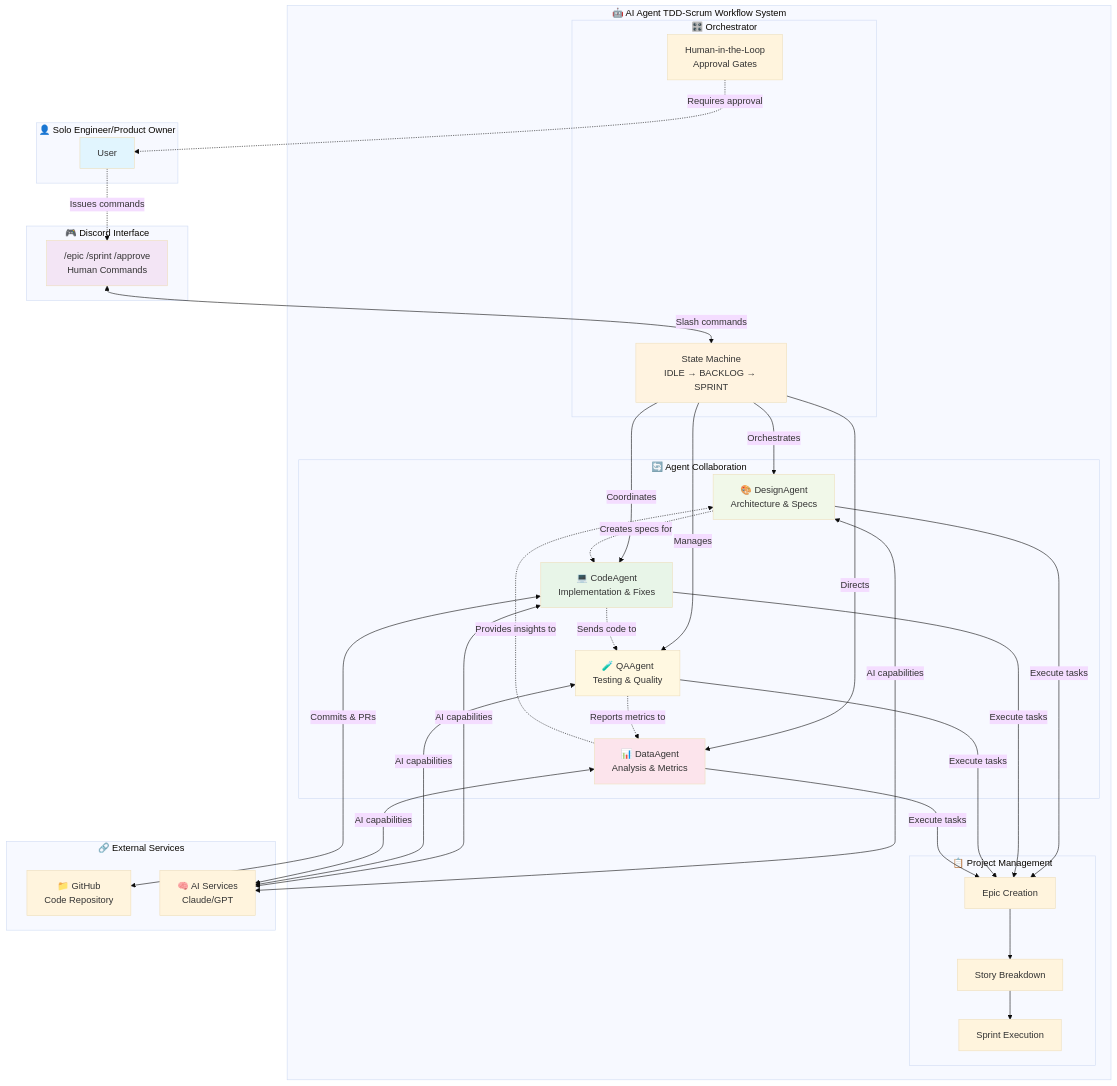
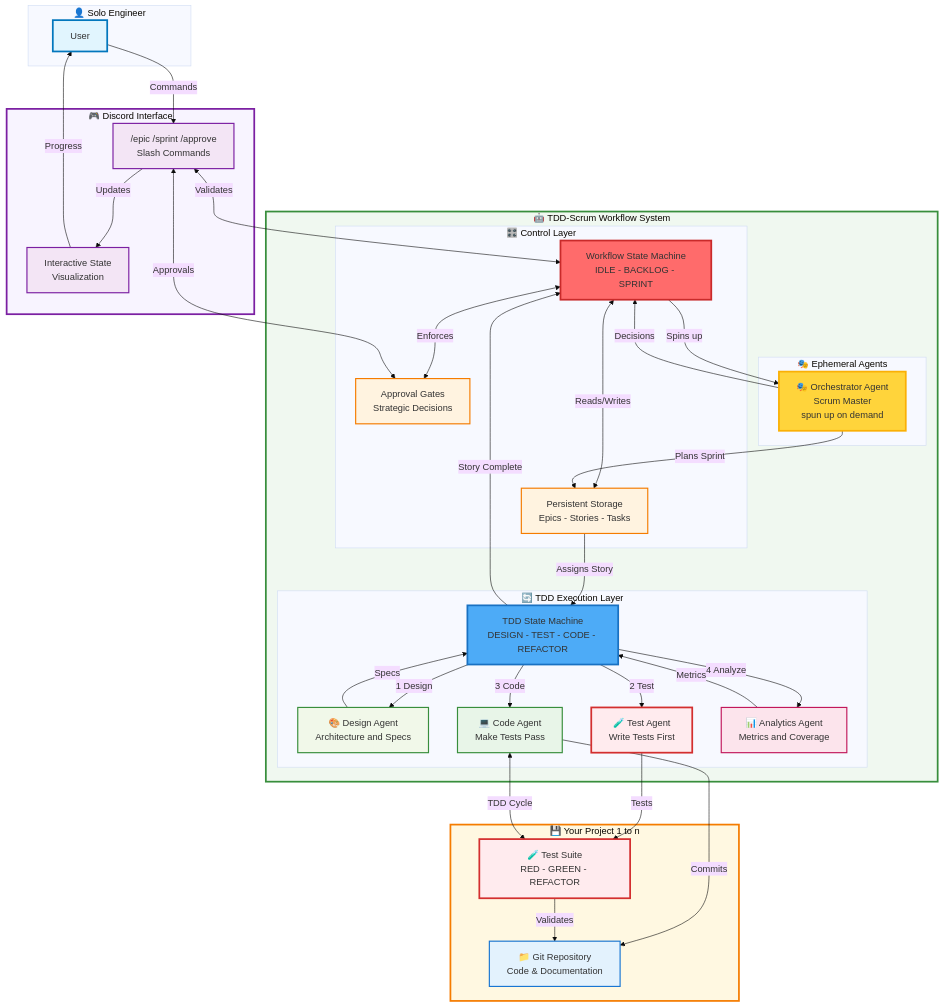
Before and after one commit to jmontp/agent-workflow: the second of 3 diagrams in docs_src/index.md, drawn with Mermaid (base theme). The commit also changed other lines of this file, not shown here.

Commit message:
Refine TDD workflow diagram with state machine architecture and ephemeral agents
- Restructure diagram to show State Machine as primary controller
- Add Orchestrator Agent as ephemeral, on-demand Scrum Master
- Implement dual state machine pattern (Workflow + TDD execution)
- Fix Mermaid rendering issues with special characters and list syntax
- Remove redundant Key Benefits section in favor of Key Features
- Add visual distinction with background colors for system layers
- Clarify TDD cycle with numbered sequence and proper agent coordination

🤖 Generated with [Claude Code](https://claude.ai/code)

````diff
--- a/docs_src/index.md
+++ b/docs_src/index.md
@@ -39,64 +39,81 @@
 ```mermaid
 graph TB
-    subgraph "👤 Solo Engineer/Product Owner"
+    subgraph "👤 Solo Engineer"
         User[User]
     end
     
-    subgraph "🎮 Discord Interface"
-        Discord["/epic /sprint /approve<br/>Human Commands"]
+    subgraph DISCORD ["🎮 Discord Interface"]
+        Discord["/epic /sprint /approve<br/>Slash Commands"]
+        State[Interactive State<br/>Visualization]
     end
     
-    subgraph "🤖 AI Agent TDD-Scrum Workflow System"
-        subgraph "🎛️ Orchestrator"
-            SM[State Machine<br/>IDLE → BACKLOG → SPRINT]
-            HITL[Human-in-the-Loop<br/>Approval Gates]
+    subgraph WORKFLOW ["🤖 TDD-Scrum Workflow System"]
+        subgraph "🎛️ Control Layer"
+            SM[Workflow State Machine<br/>IDLE - BACKLOG - SPRINT]
+            HITL[Approval Gates<br/>Strategic Decisions]
+            PM[Persistent Storage<br/>Epics - Stories - Tasks]
         end
         
-        subgraph "🔄 Agent Collaboration"
-            Design[🎨 DesignAgent<br/>Architecture & Specs]
-            Code[💻 CodeAgent<br/>Implementation & Fixes]
-            QA[🧪 QAAgent<br/>Testing & Quality]
-            Data[📊 DataAgent<br/>Analysis & Metrics]
+        subgraph "🎭 Ephemeral Agents"
+            Orch[🎭 Orchestrator Agent<br/>Scrum Master<br/>spun up on demand]
         end
         
-        subgraph "📋 Project Management"
-            Epics[Epic Creation]
-            Stories[Story Breakdown]
-            Sprints[Sprint Execution]
+        subgraph "🔄 TDD Execution Layer"
+            TDD[TDD State Machine<br/>DESIGN - TEST - CODE - REFACTOR]
+            Design[🎨 Design Agent<br/>Architecture and Specs]
+            QA[🧪 Test Agent<br/>Write Tests First]
+            Code[💻 Code Agent<br/>Make Tests Pass]
+            Data[📊 Analytics Agent<br/>Metrics and Coverage]
         end
     end
     
-    subgraph "🔗 External Services"
-        GitHub[📁 GitHub<br/>Code Repository]
-        AI[🧠 AI Services<br/>Claude/GPT]
+    subgraph PROJECT ["💾 Your Project 1 to n"]
+        Tests[🧪 Test Suite<br/>RED - GREEN - REFACTOR]
+        Repo[📁 Git Repository<br/>Code & Documentation]
     end
     
-    User -.->|"Issues commands"| Discord
-    Discord <-->|"Slash commands"| SM
-    SM -->|"Orchestrates"| Design
-    SM -->|"Coordinates"| Code
-    SM -->|"Manages"| QA
-    SM -->|"Directs"| Data
+    User -->|"Commands"| Discord
+    Discord <-->|"Validates"| SM
+    Discord -->|"Updates"| State
+    State -->|"Progress"| User
     
-    Design -.->|"Creates specs for"| Code
-    Code -.->|"Sends code to"| QA
-    QA -.->|"Reports metrics to"| Data
-    Data -.->|"Provides insights to"| Design
+    SM -->|"Spins up"| Orch
+    Orch -->|"Decisions"| SM
+    SM <-->|"Enforces"| HITL
+    SM <-->|"Reads/Writes"| PM
     
-    HITL -.->|"Requires approval"| User
+    Orch -->|"Plans Sprint"| PM
+    PM -->|"Assigns Story"| TDD
+    TDD -->|"1 Design"| Design
+    Design -->|"Specs"| TDD
+    TDD -->|"2 Test"| QA
+    QA -->|"Tests"| Tests
+    TDD -->|"3 Code"| Code
+    Code <-->|"TDD Cycle"| Tests
+    TDD -->|"4 Analyze"| Data
+    Data -->|"Metrics"| TDD
     
-    Design & Code & QA & Data -->|"Execute tasks"| Epics
-    Epics --> Stories
-    Stories --> Sprints
+    TDD -->|"Story Complete"| SM
+    HITL <-->|"Approvals"| Discord
     
-    Code <-->|"Commits & PRs"| GitHub
-    Design & Code & QA & Data <-->|"AI capabilities"| AI
+    Code -->|"Commits"| Repo
+    Tests -->|"Validates"| Repo
     
-    style User fill:#e1f5fe
-    style Discord fill:#f3e5f5
-    style SM fill:#fff3e0
-    style Design fill:#f1f8e9
-    style Code fill:#e8f5e8
-    style QA fill:#fff8e1
-    style Data fill:#fce4ec
+    style User fill:#e1f5fe,stroke:#0277bd,stroke-width:3px
+    style DISCORD fill:#f8f4ff,stroke:#7b1fa2,stroke-width:3px
+    style WORKFLOW fill:#f0f8f0,stroke:#388e3c,stroke-width:3px
+    style PROJECT fill:#fff8e1,stroke:#f57c00,stroke-width:3px
+    style Discord fill:#f3e5f5,stroke:#7b1fa2,stroke-width:2px
+    style State fill:#f3e5f5,stroke:#7b1fa2,stroke-width:2px
+    style SM fill:#ff6b6b,stroke:#c92a2a,stroke-width:3px
+    style PM fill:#fff3e0,stroke:#f57c00,stroke-width:2px
+    style HITL fill:#fff3e0,stroke:#f57c00,stroke-width:2px
+    style Orch fill:#ffd43b,stroke:#fab005,stroke-width:3px
+    style TDD fill:#4dabf7,stroke:#1971c2,stroke-width:3px
+    style Design fill:#f1f8e9,stroke:#388e3c,stroke-width:2px
+    style QA fill:#ffebee,stroke:#d32f2f,stroke-width:3px
+    style Code fill:#e8f5e8,stroke:#388e3c,stroke-width:2px
+    style Data fill:#fce4ec,stroke:#c2185b,stroke-width:2px
+    style Tests fill:#ffebee,stroke:#d32f2f,stroke-width:3px
+    style Repo fill:#e3f2fd,stroke:#1976d2,stroke-width:2px
 ```
````
